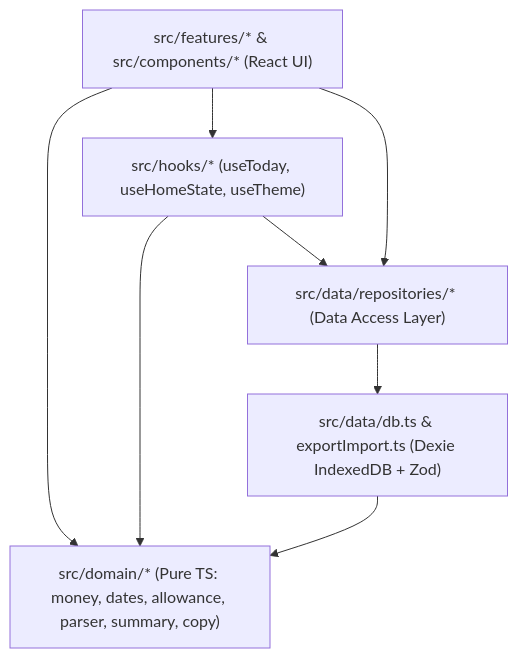
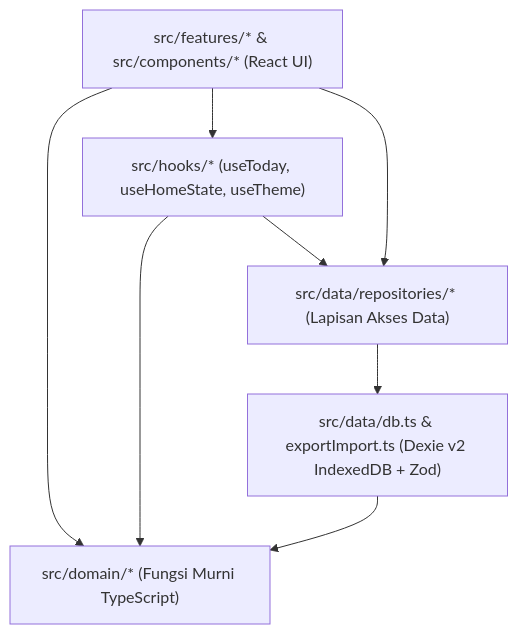
Before and after one commit to PadZz25/Tanggal-Tua: the diagram in README.md, drawn with Mermaid. The commit also changed other lines of this file and 18 other files, not shown here.

````diff
--- a/README.md
+++ b/README.md
@@ -54,16 +65,16 @@
 ```mermaid
 flowchart TD
   UI["src/features/* & src/components/* (React UI)"]
   Hooks["src/hooks/* (useToday, useHomeState, useTheme)"]
-  Domain["src/domain/* (Pure TS: money, dates, allowance, parser, summary, copy)"]
-  Repo["src/data/repositories/* (Data Access Layer)"]
-  DB["src/data/db.ts & exportImport.ts (Dexie IndexedDB + Zod)"]
+  Domain["src/domain/* (Fungsi Murni TypeScript)"]
+  Repo["src/data/repositories/* (Lapisan Akses Data)"]
+  DB["src/data/db.ts & exportImport.ts (Dexie v2 IndexedDB + Zod)"]
 
   UI --> Hooks
   UI --> Domain
   Hooks --> Domain
   Hooks --> Repo
   UI --> Repo
   Repo --> DB
   DB --> Domain
 ```
````
